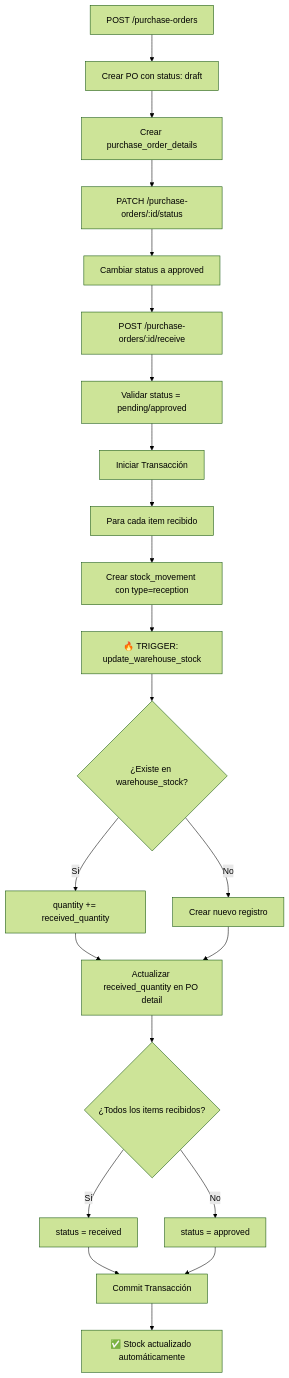
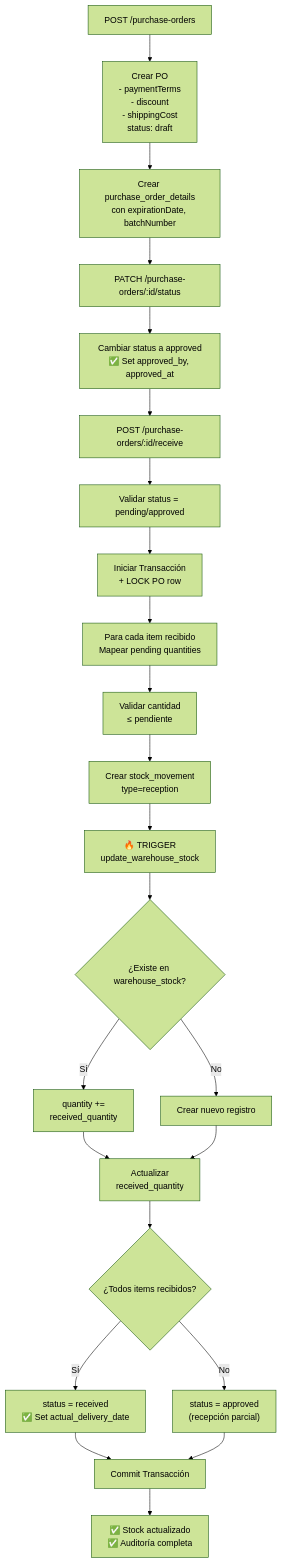
The diagram in docs/purchase-order-flow-explain.md (softiasoluciones-labs/cmdv-backend), drawn with Mermaid (forest theme) before and after one commit. The commit also changed other lines of this file and 8 other files, not shown here.

Commit message:
Cambios en purchase orders e inventorio de productos

````diff
--- a/docs/purchase-order-flow-explain.md
+++ b/docs/purchase-order-flow-explain.md
@@ -253,28 +330,29 @@
 ```mermaid
 graph TD
-    A[POST /purchase-orders] --> B[Crear PO con status: draft]
-    B --> C[Crear purchase_order_details]
+    A[POST /purchase-orders] --> B["Crear PO<br/>- paymentTerms<br/>- discount<br/>- shippingCost<br/>status: draft"]
+    B --> C[Crear purchase_order_details<br/>con expirationDate, batchNumber]
     C --> D[PATCH /purchase-orders/:id/status]
-    D --> E[Cambiar status a approved]
+    D --> E["Cambiar status a approved<br/>✅ Set approved_by, approved_at"]
     
     E --> F[POST /purchase-orders/:id/receive]
     F --> G[Validar status = pending/approved]
-    G --> H[Iniciar Transacción]
+    G --> H["Iniciar Transacción<br/>+ LOCK PO row"]
     
-    H --> I[Para cada item recibido]
-    I --> J[Crear stock_movement con type=reception]
-    J --> K[🔥 TRIGGER: update_warehouse_stock]
-    K --> L{¿Existe en warehouse_stock?}
-    L -->|Sí| M[quantity += received_quantity]
-    L -->|No| N[Crear nuevo registro]
+    H --> I["Para cada item recibido<br/>Mapear pending quantities"]
+    I --> J["Validar cantidad<br/>≤ pendiente"]
+    J --> K[Crear stock_movement<br/>type=reception]
+    K --> L["🔥 TRIGGER<br/>update_warehouse_stock"]
+    L --> M{¿Existe en warehouse_stock?}
+    M -->|Sí| N["quantity +=<br/>received_quantity"]
+    M -->|No| O[Crear nuevo registro]
     
-    M --> O[Actualizar received_quantity en PO detail]
-    N --> O
-    O --> P{¿Todos los items recibidos?}
-    P -->|Sí| Q[status = received]
-    P -->|No| R[status = approved]
+    N --> P["Actualizar<br/>received_quantity"]
+    O --> P
+    P --> Q{¿Todos items recibidos?}
+    Q -->|Sí| R["status = received<br/>✅ Set actual_delivery_date"]
+    Q -->|No| S["status = approved<br/>(recepción parcial)"]
     
-    Q --> S[Commit Transacción]
-    R --> S
-    S --> T[✅ Stock actualizado automáticamente]
+    R --> T[Commit Transacción]
+    S --> T
+    T --> U["✅ Stock actualizado<br/>✅ Auditoría completa"]
 ```
````
